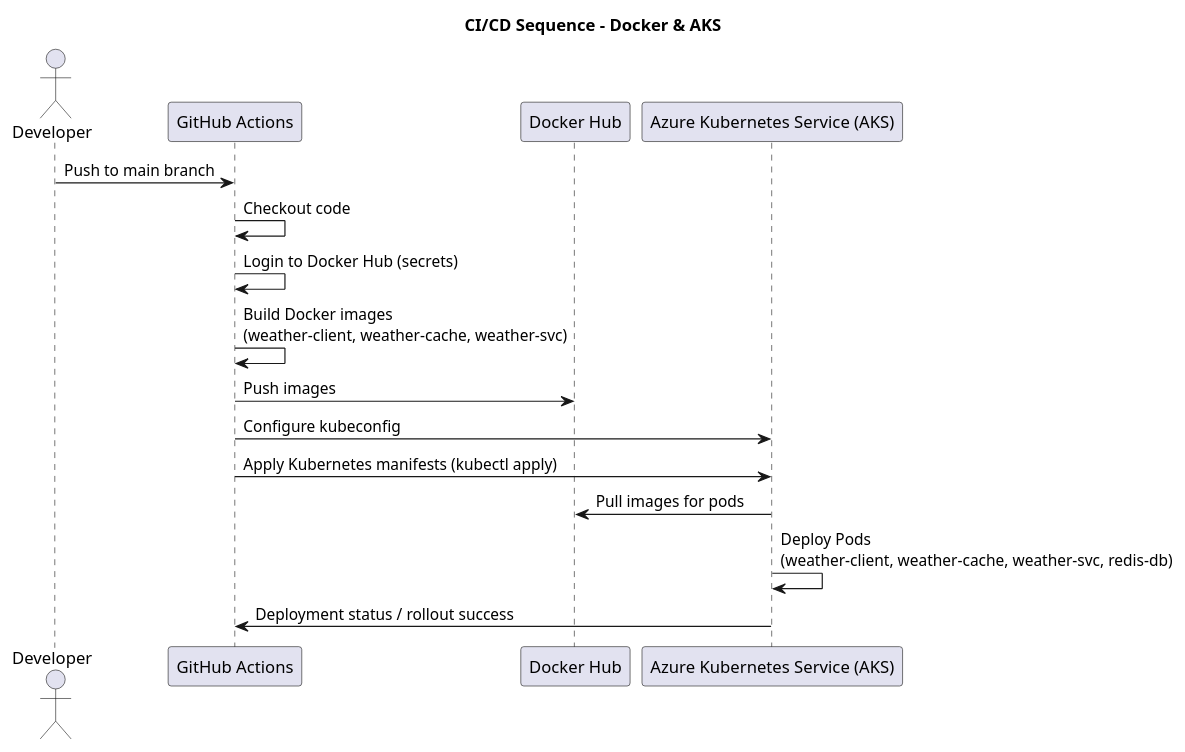
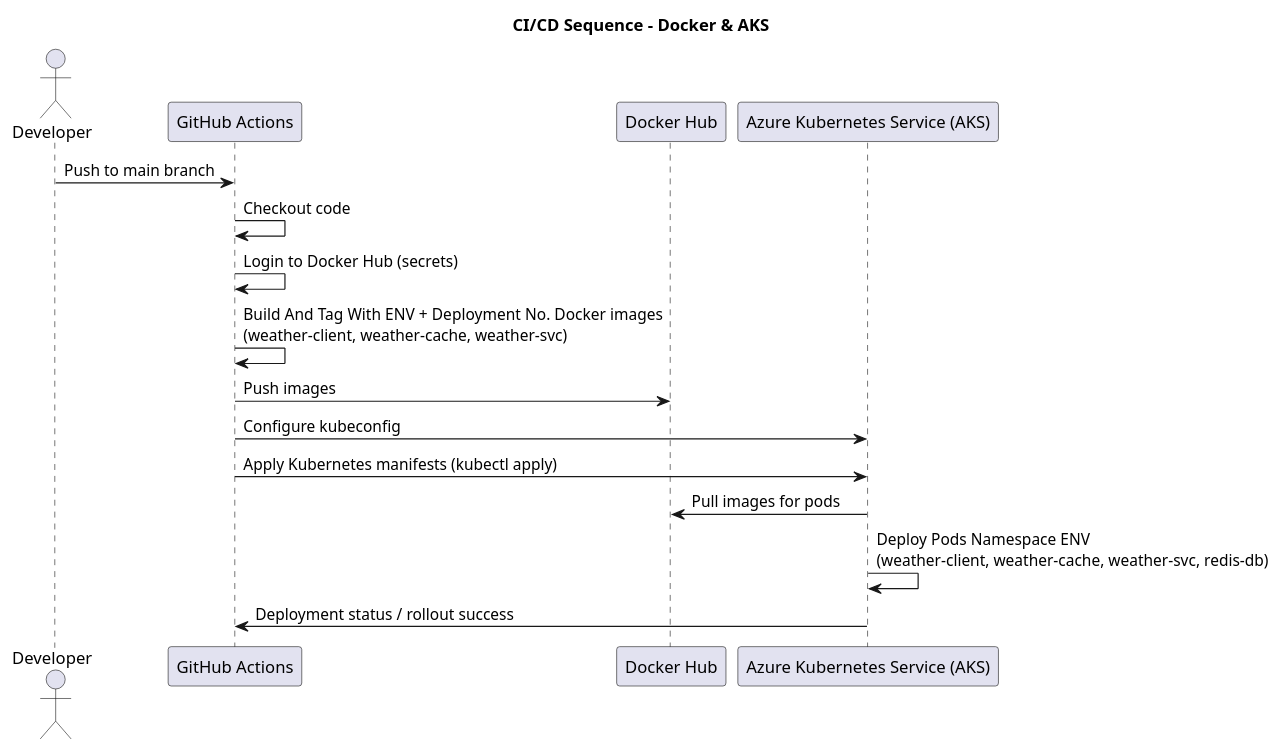
One commit to shivamnamdeo0101/weather-app changed the diagram in diagrams/CICD.puml. Above: the diagram before and after it, drawn with PlantUML. The commit also changed 2 other files, not shown here.

```diff
--- a/diagrams/CICD.puml
+++ b/diagrams/CICD.puml
@@ -1,19 +1,19 @@
 @startuml
 title CI/CD Sequence - Docker & AKS
 
 actor Developer
 participant "GitHub Actions" as GH
 participant "Docker Hub" as DH
 participant "Azure Kubernetes Service (AKS)" as AKS
 
 Developer -> GH : Push to main branch
 GH -> GH : Checkout code
 GH -> GH : Login to Docker Hub (secrets)
-GH -> GH : Build Docker images\n(weather-client, weather-cache, weather-svc)
+GH -> GH : Build And Tag With ENV + Deployment No. Docker images\n(weather-client, weather-cache, weather-svc)
 GH -> DH : Push images
 GH -> AKS : Configure kubeconfig
 GH -> AKS : Apply Kubernetes manifests (kubectl apply)
 AKS -> DH : Pull images for pods
-AKS -> AKS : Deploy Pods\n(weather-client, weather-cache, weather-svc, redis-db)
+AKS -> AKS : Deploy Pods Namespace ENV \n(weather-client, weather-cache, weather-svc, redis-db)
 AKS -> GH : Deployment status / rollout success
 @enduml
```
